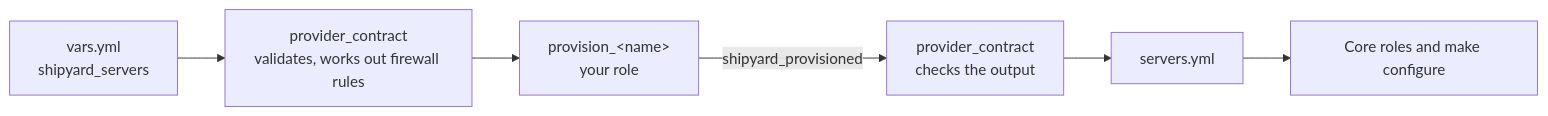
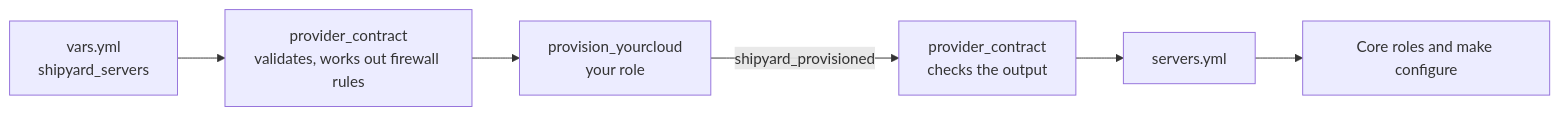
Before and after one commit to onancelabs/shipyard: the diagram in docs/writing-a-provider.md, drawn with Mermaid.

Commit message:
docs: use a plain label in the provider diagram

````diff
--- a/docs/writing-a-provider.md
+++ b/docs/writing-a-provider.md
@@ -5,8 +5,8 @@
 ```mermaid
 flowchart LR
     vars[vars.yml<br/>shipyard_servers] --> contract[provider_contract<br/>validates, works out firewall rules]
-    contract --> provider[provision_&lt;name&gt;<br/>your role]
+    contract --> provider[provision_yourcloud<br/>your role]
     provider -->|shipyard_provisioned| contract2[provider_contract<br/>checks the output]
     contract2 --> inv[servers.yml]
     inv --> core[Core roles and make configure]
 ```
````
